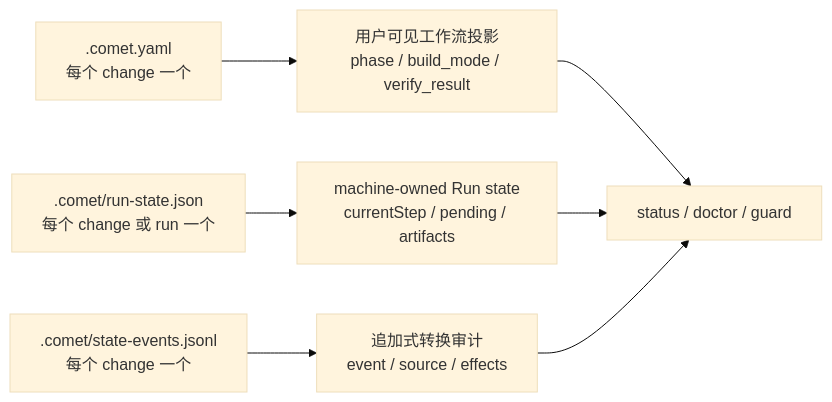
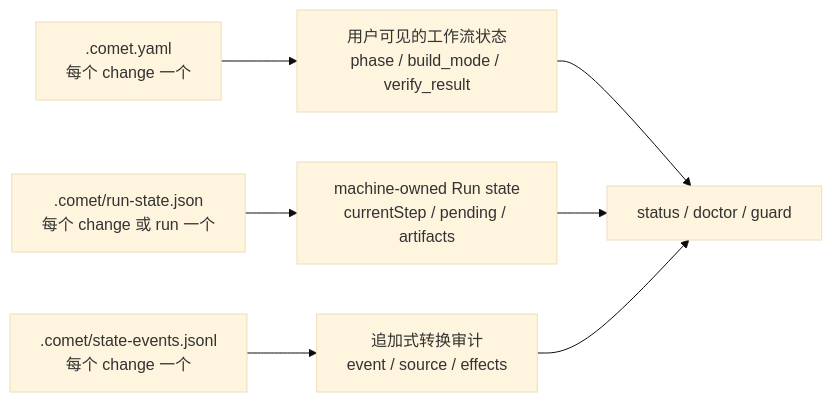
The diagram in zh/concepts/state-management.mdx (rpamis/comet-website-docs), drawn with Mermaid (base theme) before and after one commit. The commit also changed other lines of this file and 74 other files, not shown here.

````diff
--- a/zh/concepts/state-management.mdx
+++ b/zh/concepts/state-management.mdx
@@ -28,9 +28,9 @@
 ```mermaid
 flowchart LR
-  A[".comet.yaml<br/>每个 change 一个"] --> B["用户可见工作流投影<br/>phase / build_mode / verify_result"]
+  A[".comet.yaml<br/>每个 change 一个"] --> B["用户可见的工作流状态<br/>phase / build_mode / verify_result"]
   C[".comet/run-state.json<br/>每个 change 或 run 一个"] --> D["machine-owned Run state<br/>currentStep / pending / artifacts"]
   E[".comet/state-events.jsonl<br/>每个 change 一个"] --> F["追加式转换审计<br/>event / source / effects"]
   B --> G["status / doctor / guard"]
   D --> G
   F --> G
 ```
````
